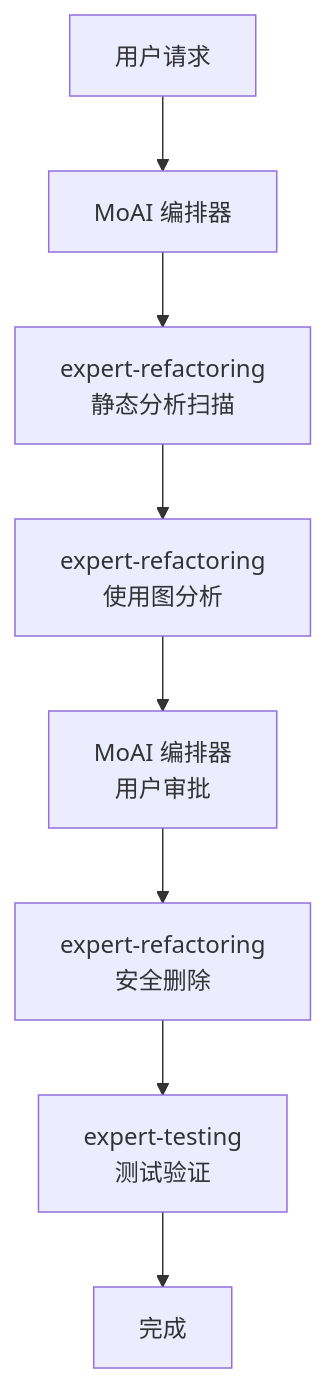
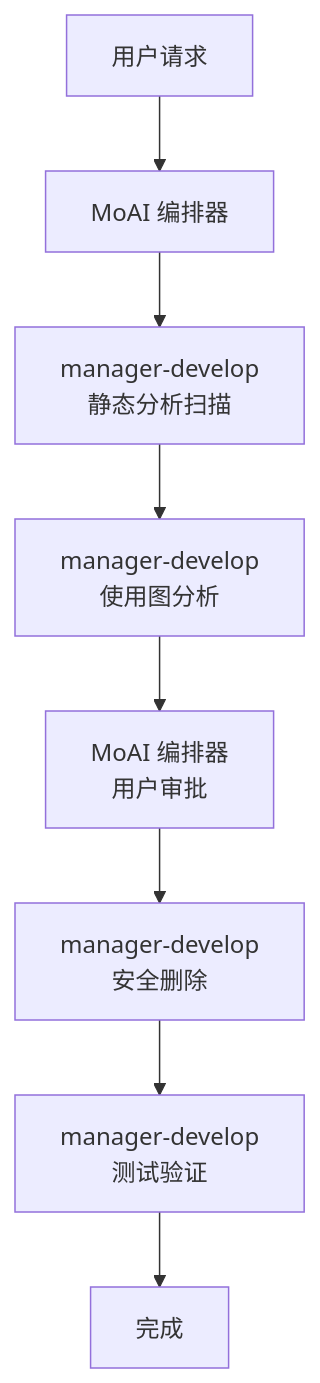
The second of 2 diagrams in docs-site/content/zh/utility-commands/moai-clean.md (modu-ai/moai-adk), drawn with Mermaid before and after one commit. The commit also changed other lines of this file and 153 other files, not shown here.

````diff
--- a/docs-site/content/zh/utility-commands/moai-clean.md
+++ b/docs-site/content/zh/utility-commands/moai-clean.md
@@ -140,10 +140,10 @@
 ```mermaid
 flowchart TD
     User["用户请求"] --> MoAI["MoAI 编排器"]
-    MoAI --> Refactor1["expert-refactoring<br/>静态分析扫描"]
-    Refactor1 --> Refactor2["expert-refactoring<br/>使用图分析"]
+    MoAI --> Refactor1["manager-develop<br/>静态分析扫描"]
+    Refactor1 --> Refactor2["manager-develop<br/>使用图分析"]
     Refactor2 --> MoAI2["MoAI 编排器<br/>用户审批"]
-    MoAI2 --> Refactor3["expert-refactoring<br/>安全删除"]
-    Refactor3 --> Testing["expert-testing<br/>测试验证"]
+    MoAI2 --> Refactor3["manager-develop<br/>安全删除"]
+    Refactor3 --> Testing["manager-develop<br/>测试验证"]
     Testing --> Complete["完成"]
 ```
````
